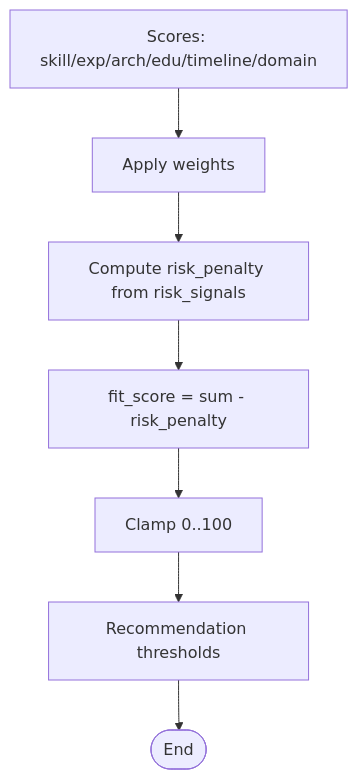
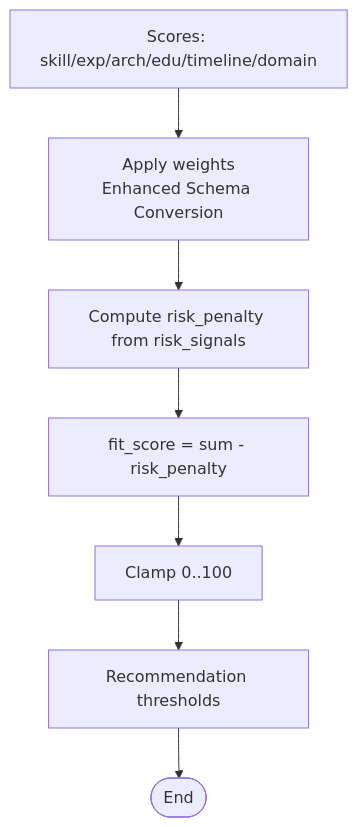
One commit to Revanththetalogics/aireume changed the tenth of 30 diagrams in .qoder/repowiki/en/content/Analysis Engine/Analysis Engine.md. Above: the diagram before and after it, drawn with Mermaid. The commit also changed other lines of this file and 41 other files, not shown here.

````diff
--- a/.qoder/repowiki/en/content/Analysis Engine/Analysis Engine.md
+++ b/.qoder/repowiki/en/content/Analysis Engine/Analysis Engine.md
@@ -528,9 +546,9 @@
 ```mermaid
 flowchart TD
-Scores["Scores: skill/exp/arch/edu/timeline/domain"] --> Weights["Apply weights"]
+Scores["Scores: skill/exp/arch/edu/timeline/domain"] --> Weights["Apply weights<br/>Enhanced Schema Conversion"]
 Weights --> Risk["Compute risk_penalty from risk_signals"]
 Risk --> Fit["fit_score = sum - risk_penalty"]
 Fit --> Clamp["Clamp 0..100"]
 Clamp --> Rec["Recommendation thresholds"]
 Rec --> End(["End"])
 ```
````
